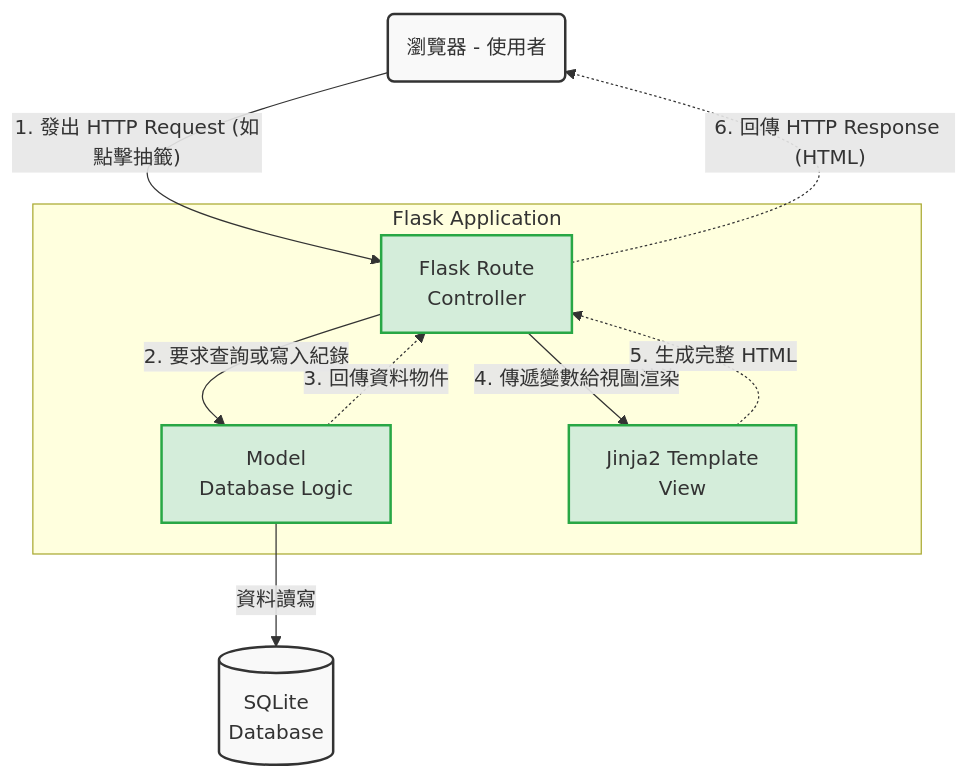
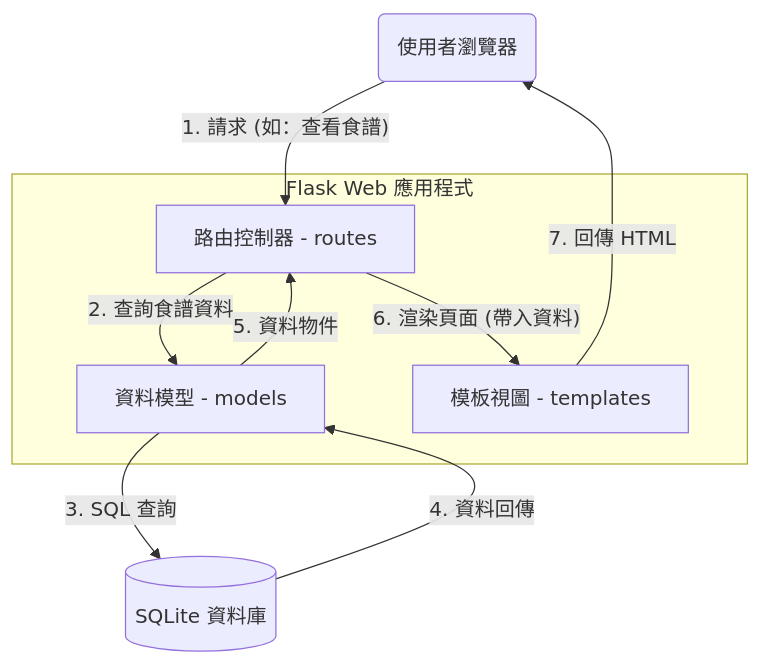
The diagram in docs/ARCHITECTURE.md (jwu23923-art/web_app_development), drawn with Mermaid before and after one commit. The commit also changed other lines of this file, not shown here.

Commit message:
docs: add system architecture

````diff
--- a/docs/ARCHITECTURE.md
+++ b/docs/ARCHITECTURE.md
@@ -60,27 +49,20 @@
 ```mermaid
 graph TD
-    %% 定義節點
-    Browser(瀏覽器 - 使用者)
+    User(使用者瀏覽器)
     
-    subgraph Flask Application
-        Route[Flask Route<br>Controller]
-        Model[Model<br>Database Logic]
-        Template[Jinja2 Template<br>View]
+    subgraph Flask_App [Flask Web 應用程式]
+        Route[路由控制器 - routes]
+        Model[資料模型 - models]
+        View[模板視圖 - templates]
     end
     
-    DB[(SQLite<br>Database)]
+    DB[(SQLite 資料庫)]
 
-    %% 流程線
-    Browser -- "1. 發出 HTTP Request (如點擊抽籤)" --> Route
-    Route -- "2. 要求查詢或寫入紀錄" --> Model
-    Model -- "資料讀寫" --> DB
-    Model -. "3. 回傳資料物件" .-> Route
-    Route -- "4. 傳遞變數給視圖渲染" --> Template
-    Template -. "5. 生成完整 HTML" .-> Route
-    Route -. "6. 回傳 HTTP Response (HTML)" .-> Browser
-
-    %% 樣式設定
-    classDef default fill:#f9f9f9,stroke:#333,stroke-width:2px;
-    classDef highlight fill:#d4edda,stroke:#28a745,stroke-width:2px;
-    class Route,Model,Template highlight;
+    User -- "1. 請求 (如：查看食譜)" --> Route
+    Route -- "2. 查詢食譜資料" --> Model
+    Model -- "3. SQL 查詢" --> DB
+    DB -- "4. 資料回傳" --> Model
+    Model -- "5. 資料物件" --> Route
+    Route -- "6. 渲染頁面 (帶入資料)" --> View
+    View -- "7. 回傳 HTML" --> User
 ```
````
